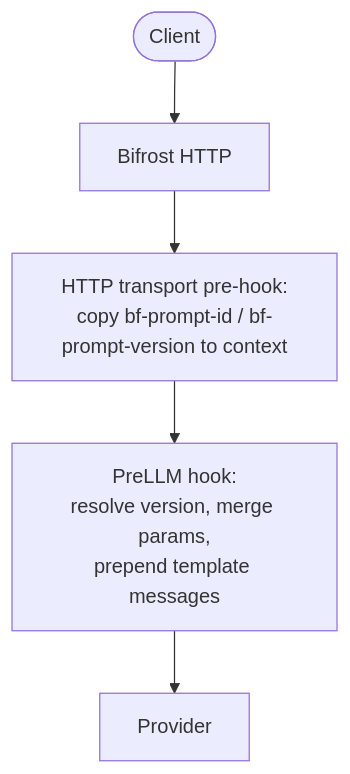
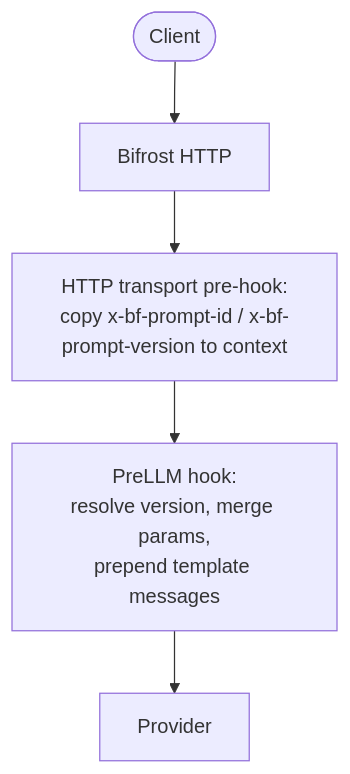
The diagram in docs/features/prompt-repository/prompts-plugin.mdx (fugoku/bifrost), drawn with Mermaid before and after one commit. The commit also changed other lines of this file and 1120 other files, not shown here.

````diff
--- a/docs/features/prompt-repository/prompts-plugin.mdx
+++ b/docs/features/prompt-repository/prompts-plugin.mdx
@@ -29,7 +29,7 @@
 ```mermaid
 flowchart TB
     Client([Client]) --> Gateway[Bifrost HTTP]
-    Gateway --> PreHook["HTTP transport pre-hook:<br/>copy bf-prompt-id / bf-prompt-version to context"]
+    Gateway --> PreHook["HTTP transport pre-hook:<br/>copy x-bf-prompt-id / x-bf-prompt-version to context"]
     PreHook --> PreLLM["PreLLM hook:<br/>resolve version, merge params,<br/>prepend template messages"]
     PreLLM --> Provider[Provider]
 ```
````
